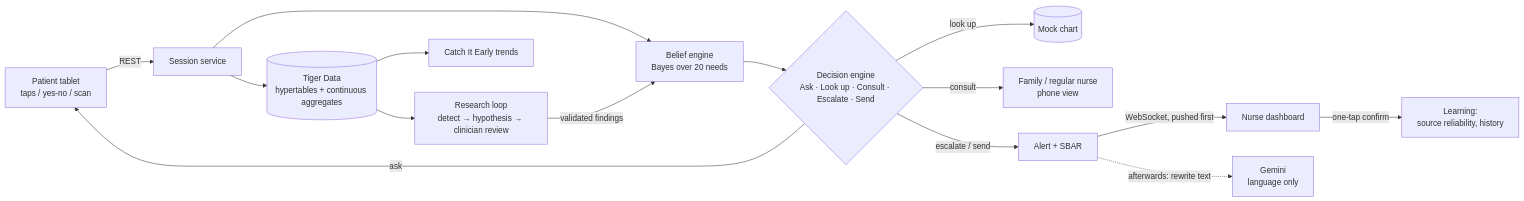
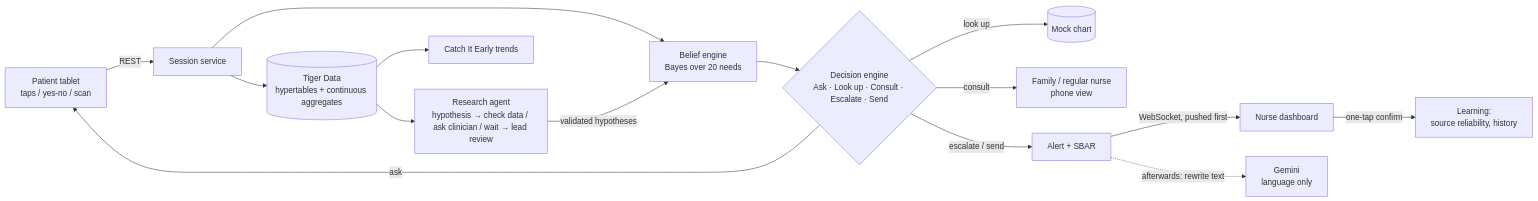
The diagram in README.md (nidhi-subrah/MediCue), drawn with Mermaid before and after one commit. The commit also changed other lines of this file and 23 other files, not shown here.

First line of the commit message:
research: turn the Research tab into an autonomous research agent

````diff
--- a/README.md
+++ b/README.md
@@ -26,17 +26,17 @@
 ```mermaid
 flowchart LR
   P[Patient tablet<br/>taps / yes-no / scan] -->|REST| S[Session service]
   S --> B[Belief engine<br/>Bayes over 20 needs]
   B --> D{Decision engine<br/>Ask · Look up · Consult · Escalate · Send}
   D -->|ask| P
   D -->|look up| C[(Mock chart)]
   D -->|consult| F[Family / regular nurse<br/>phone view]
   D -->|escalate / send| A[Alert + SBAR]
   A -->|WebSocket, pushed first| N[Nurse dashboard]
   A -.->|afterwards: rewrite text| G[Gemini<br/>language only]
   N -->|one-tap confirm| L[Learning:<br/>source reliability, history]
   S --> T[(Tiger Data<br/>hypertables + continuous aggregates)]
   T --> K[Catch It Early trends]
-  T --> R[Research loop<br/>detect → hypothesis → clinician review]
-  R -->|validated findings| B
+  T --> R[Research agent<br/>hypothesis → check data / ask clinician / wait → lead review]
+  R -->|validated hypotheses| B
 ```
````
